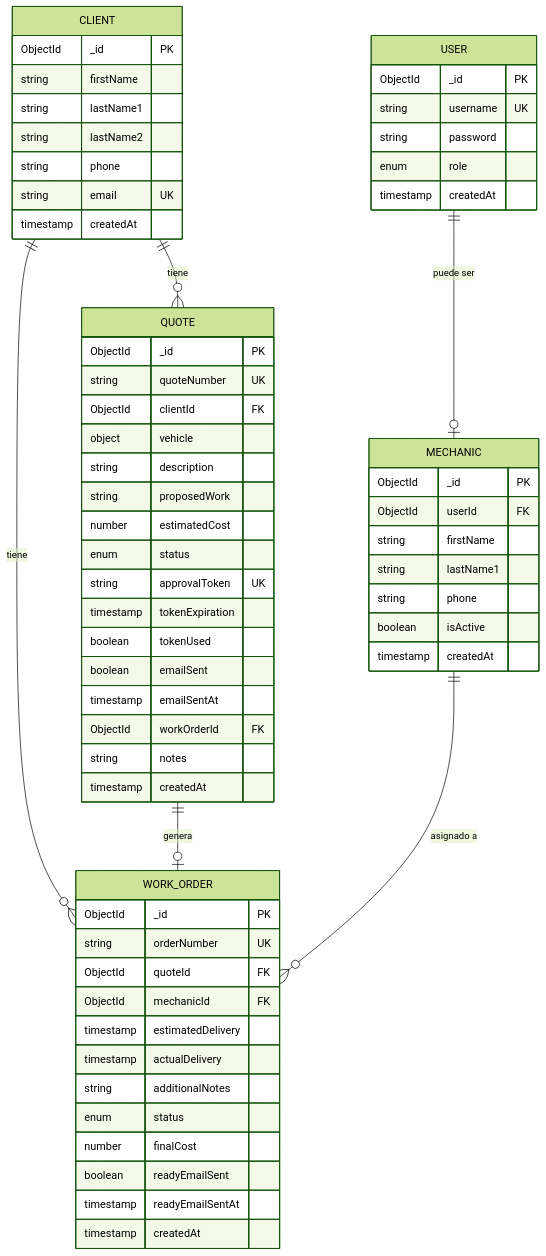
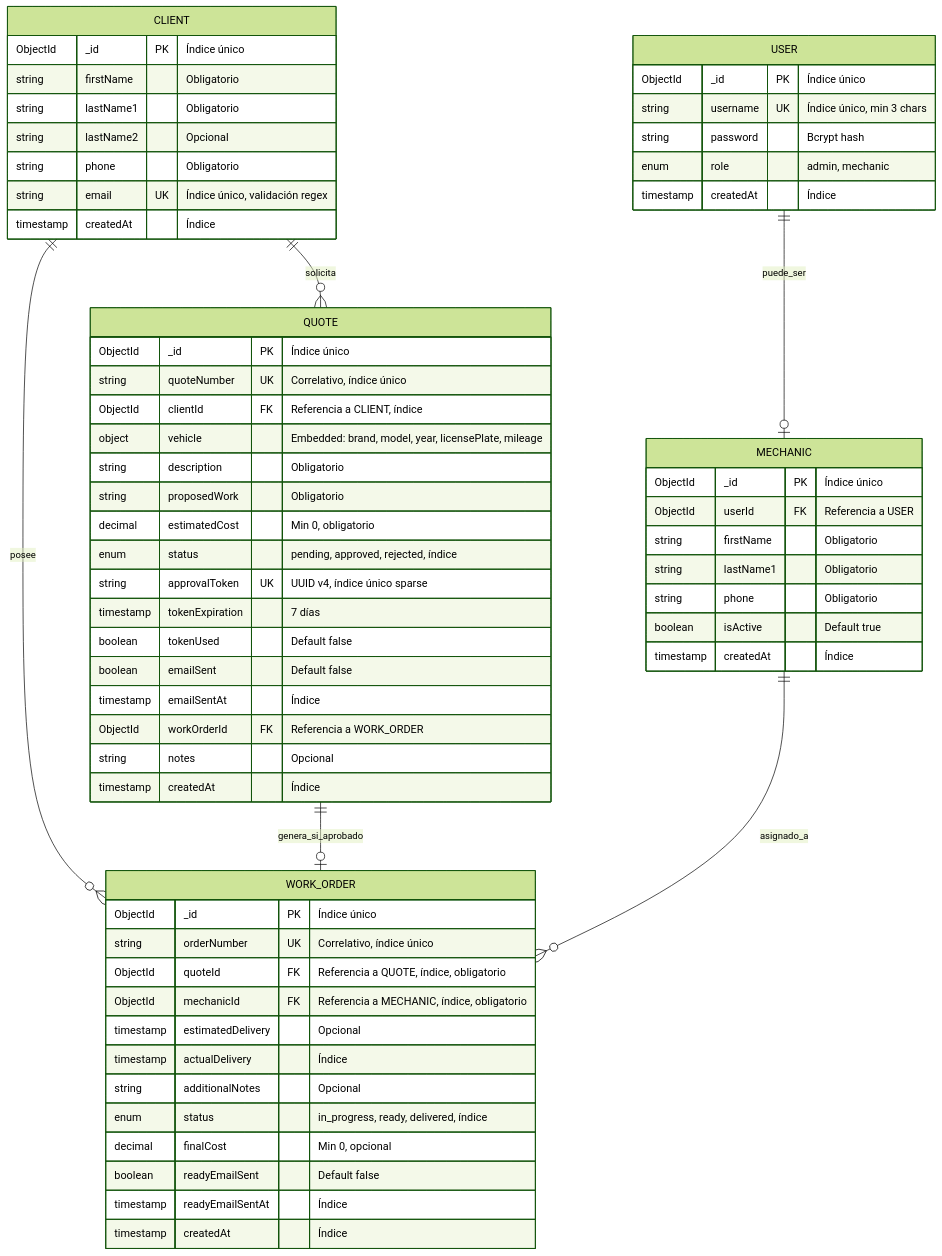
Before and after one commit to Marcos0o0/testttttt: the fifth of 9 diagrams in test.md, drawn with Mermaid (forest theme). The commit also changed other lines of this file, not shown here.

````diff
--- a/test.md
+++ b/test.md
@@ -150,70 +368,70 @@
 ```mermaid
 erDiagram
-    USER ||--o| MECHANIC : "puede ser"
-    CLIENT ||--o{ QUOTE : "tiene"
-    CLIENT ||--o{ WORK_ORDER : "tiene"
-    QUOTE ||--o| WORK_ORDER : "genera"
-    MECHANIC ||--o{ WORK_ORDER : "asignado a"
+    USER ||--o| MECHANIC : "puede_ser"
+    CLIENT ||--o{ QUOTE : "solicita"
+    CLIENT ||--o{ WORK_ORDER : "posee"
+    QUOTE ||--o| WORK_ORDER : "genera_si_aprobado"
+    MECHANIC ||--o{ WORK_ORDER : "asignado_a"
     
     USER {
-        ObjectId _id PK
-        string username UK
-        string password
-        enum role
-        timestamp createdAt
+        ObjectId _id PK "Índice único"
+        string username UK "Índice único, min 3 chars"
+        string password "Bcrypt hash"
+        enum role "admin, mechanic"
+        timestamp createdAt "Índice"
     }
     
     CLIENT {
-        ObjectId _id PK
-        string firstName
-        string lastName1
-        string lastName2
-        string phone
-        string email UK
-        timestamp createdAt
+        ObjectId _id PK "Índice único"
+        string firstName "Obligatorio"
+        string lastName1 "Obligatorio"
+        string lastName2 "Opcional"
+        string phone "Obligatorio"
+        string email UK "Índice único, validación regex"
+        timestamp createdAt "Índice"
     }
     
     MECHANIC {
-        ObjectId _id PK
-        ObjectId userId FK
-        string firstName
-        string lastName1
-        string phone
-        boolean isActive
-        timestamp createdAt
+        ObjectId _id PK "Índice único"
+        ObjectId userId FK "Referencia a USER"
+        string firstName "Obligatorio"
+        string lastName1 "Obligatorio"
+        string phone "Obligatorio"
+        boolean isActive "Default true"
+        timestamp createdAt "Índice"
     }
     
     QUOTE {
-        ObjectId _id PK
-        string quoteNumber UK
-        ObjectId clientId FK
-        object vehicle
-        string description
-        string proposedWork
-        number estimatedCost
-        enum status
-        string approvalToken UK
-        timestamp tokenExpiration
-        boolean tokenUsed
-        boolean emailSent
-        timestamp emailSentAt
-        ObjectId workOrderId FK
-        string notes
-        timestamp createdAt
+        ObjectId _id PK "Índice único"
+        string quoteNumber UK "Correlativo, índice único"
+        ObjectId clientId FK "Referencia a CLIENT, índice"
+        object vehicle "Embedded: brand, model, year, licensePlate, mileage"
+        string description "Obligatorio"
+        string proposedWork "Obligatorio"
+        decimal estimatedCost "Min 0, obligatorio"
+        enum status "pending, approved, rejected, índice"
+        string approvalToken UK "UUID v4, índice único sparse"
+        timestamp tokenExpiration "7 días"
+        boolean tokenUsed "Default false"
+        boolean emailSent "Default false"
+        timestamp emailSentAt "Índice"
+        ObjectId workOrderId FK "Referencia a WORK_ORDER"
+        string notes "Opcional"
+        timestamp createdAt "Índice"
     }
     
     WORK_ORDER {
-        ObjectId _id PK
-        string orderNumber UK
-        ObjectId quoteId FK
-        ObjectId mechanicId FK
-        timestamp estimatedDelivery
-        timestamp actualDelivery
-        string additionalNotes
-        enum status
-        number finalCost
-        boolean readyEmailSent
-        timestamp readyEmailSentAt
-        timestamp createdAt
+        ObjectId _id PK "Índice único"
+        string orderNumber UK "Correlativo, índice único"
+        ObjectId quoteId FK "Referencia a QUOTE, índice, obligatorio"
+        ObjectId mechanicId FK "Referencia a MECHANIC, índice, obligatorio"
+        timestamp estimatedDelivery "Opcional"
+        timestamp actualDelivery "Índice"
+        string additionalNotes "Opcional"
+        enum status "in_progress, ready, delivered, índice"
+        decimal finalCost "Min 0, opcional"
+        boolean readyEmailSent "Default false"
+        timestamp readyEmailSentAt "Índice"
+        timestamp createdAt "Índice"
     }
 ```
````
